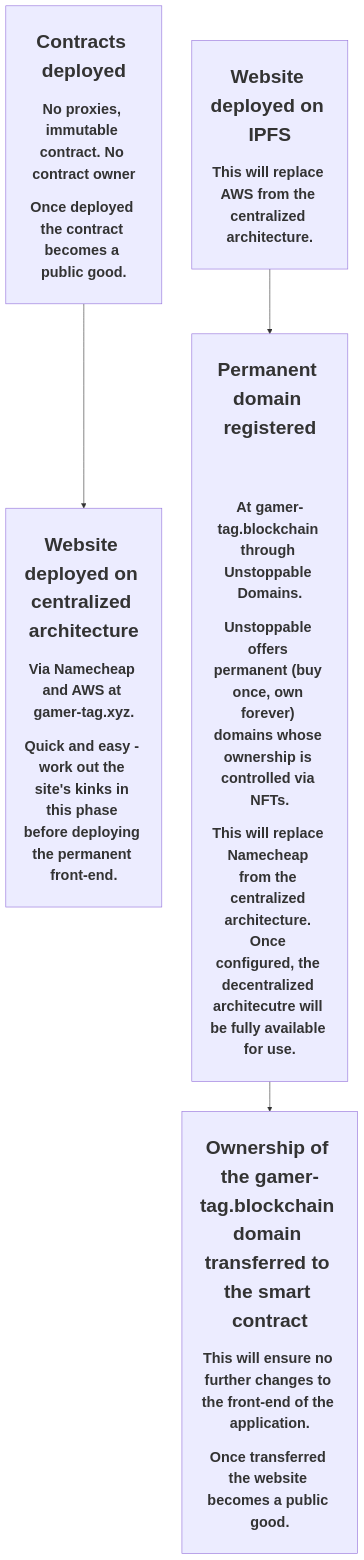
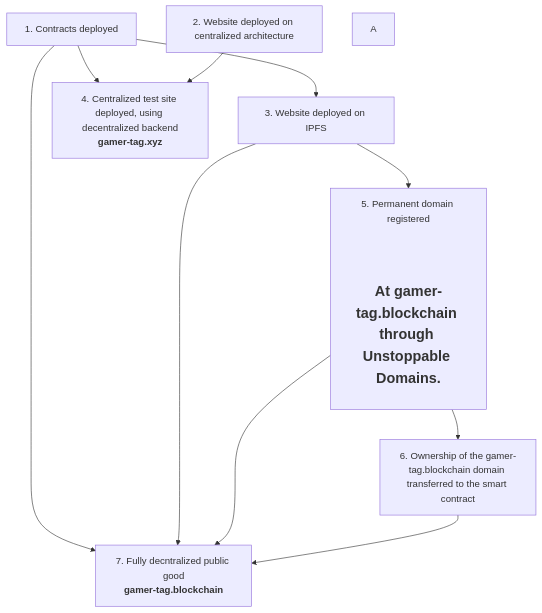
One commit to TerryJHarrison/gamer-tag changed the diagram in README.md. Above: the diagram before and after it, drawn with Mermaid. The commit also changed other lines of this file, not shown here.

````diff
--- a/README.md
+++ b/README.md
@@ -9,12 +9,27 @@
 ```mermaid
 flowchart TD
-	A["<h1>Contracts deployed</h1><h2>No proxies, immutable contract. No contract owner</h2><h2>Once deployed the contract becomes a public good.</h2>"]
-	B["<h1>Website deployed on centralized architecture</h1><h2>Via Namecheap and AWS at gamer-tag.xyz.</h2><h2>Quick and easy - work out the site's kinks in this phase before deploying the permanent front-end.</h2>"]
-	C["<h1>Website deployed on IPFS</h1><h2>This will replace AWS from the centralized architecture.</h2>"]
-	D["<h1>Permanent domain registered<h1> <h2>At gamer-tag.blockchain through Unstoppable Domains.</h2><h2>Unstoppable offers permanent (buy once, own forever) domains whose ownership is controlled via NFTs.</h2><h2>This will replace Namecheap from the centralized architecture. Once configured, the decentralized architecutre will be fully available for use.</h2>"]
-	E["<h1>Ownership of the gamer-tag.blockchain domain transferred to the smart contract</h1><h2>This will ensure no further changes to the front-end of the application.</h2><h2>Once transferred the website becomes a public good.</h2>"]
-	A --> B
-	C --> D --> E 
+	contracts["1. Contracts deployed"]
+	
+	centralizedWeb["2. Website deployed on centralized architecture"]
+	decentralizedWeb["3. Website deployed on IPFS"]
+	
+	centralizedTestSite["4. Centralized test site deployed, using decentralized backend<br/><b>gamer-tag.xyz</b>"]
+	
+	permanentDomain["5. Permanent domain registered<h1> <h2>At gamer-tag.blockchain through Unstoppable Domains."]
+	noDomainOwner["6. Ownership of the gamer-tag.blockchain domain transferred to the smart contract"]
+	
+	decentralizedApplication["7. Fully decntralized public good<br/><b>gamer-tag.blockchain</b>"]
+	
+	contracts --> centralizedTestSite
+	centralizedWeb --> centralizedTestSite
+	
+	contracts --> decentralizedWeb
+	decentralizedWeb --> permanentDomain --> noDomainOwner
+	
+	contracts --> decentralizedApplication
+	decentralizedWeb --> decentralizedApplication
+	permanentDomain --> decentralizedApplication
+	noDomainOwner --> decentralizedApplication
 	
 	style A text-size:22px;
 ```
````
